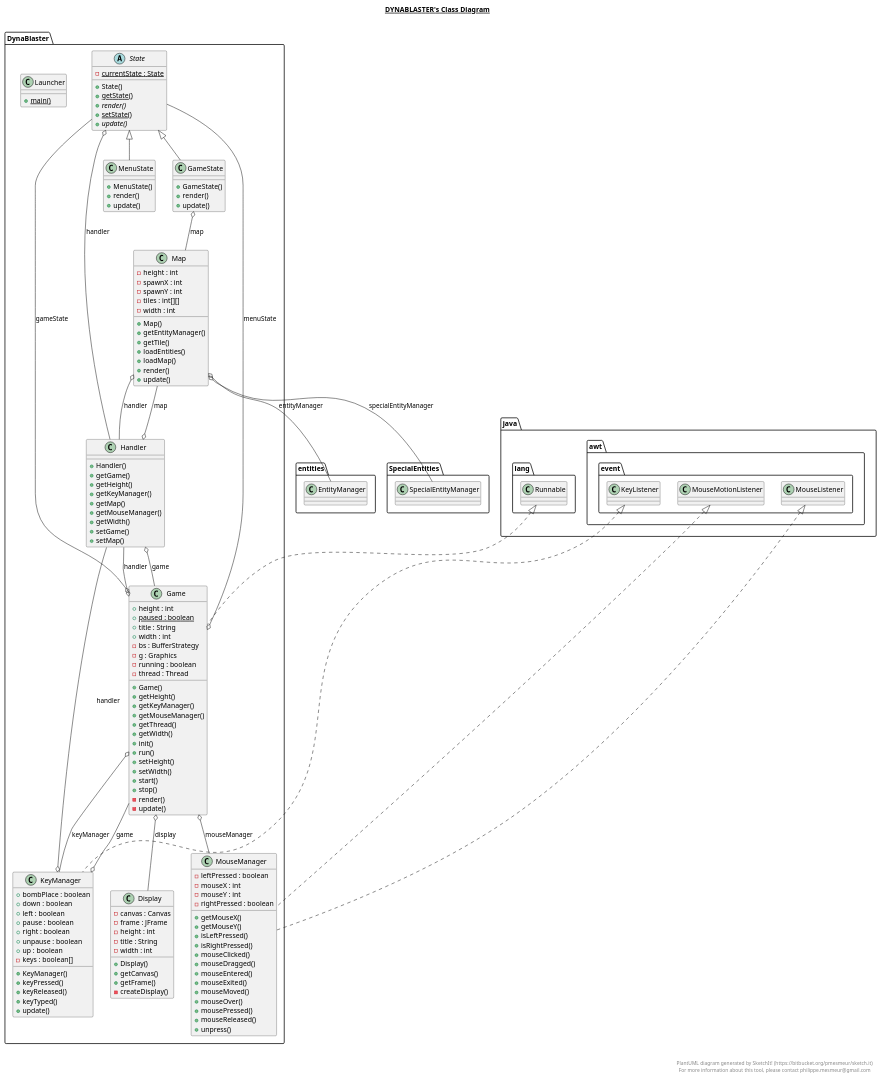
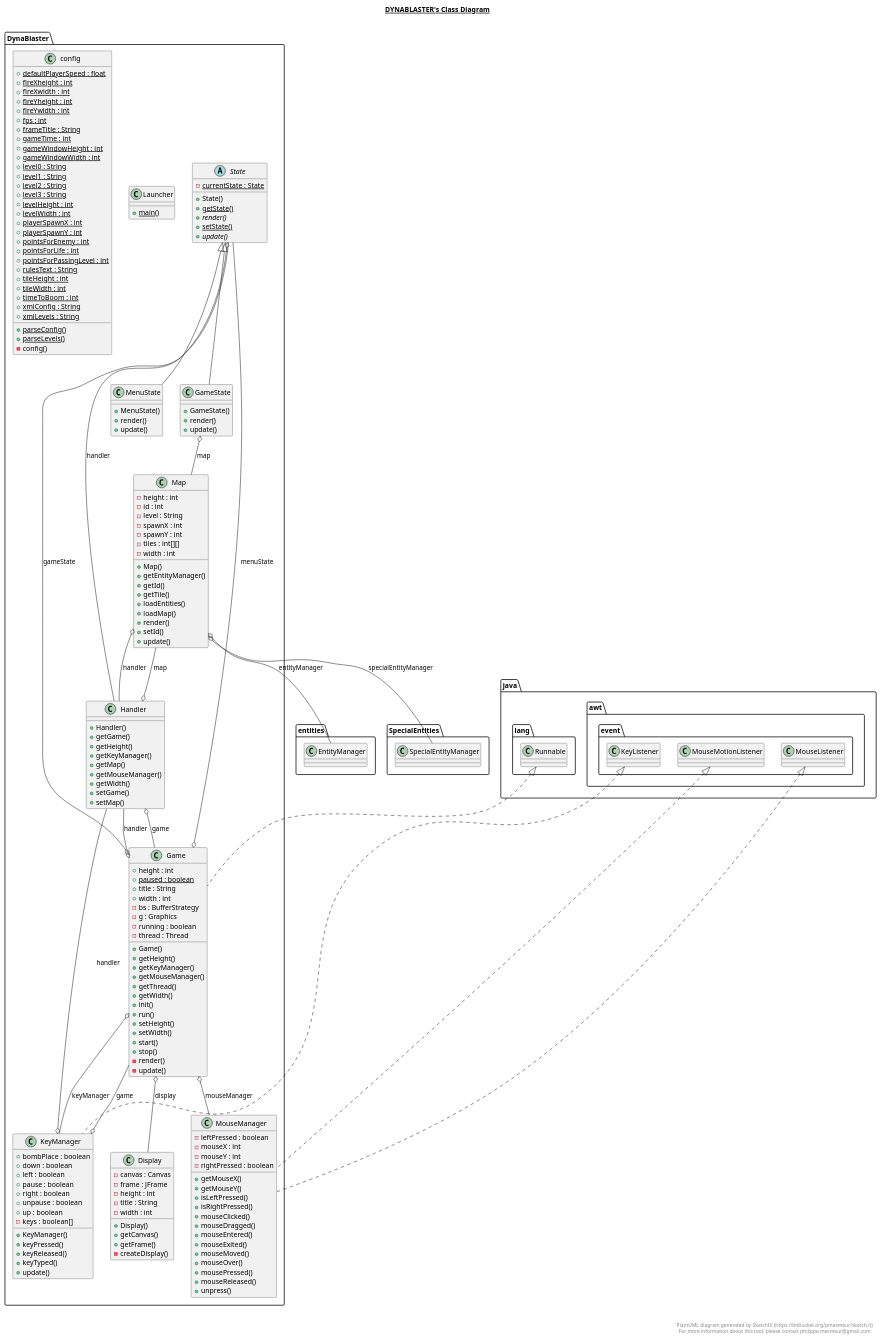
The diagram in src/DynaBlaster/DynaBlaster.plantuml (mxdzelq/Dyna_Blaster-Java), drawn with PlantUML before and after one commit. The commit also changed 53 other files, not shown here.

```diff
--- a/src/DynaBlaster/DynaBlaster.plantuml
+++ b/src/DynaBlaster/DynaBlaster.plantuml
@@ -98,16 +98,20 @@
   namespace DynaBlaster {
     class DynaBlaster.Map {
         - height : int
+        - id : int
+        - level : String
         - spawnX : int
         - spawnY : int
         - tiles : int[][]
         - width : int
         + Map()
         + getEntityManager()
+        + getId()
         + getTile()
         + loadEntities()
         + loadMap()
         + render()
+        + setId()
         + update()
     }
   }
@@ -157,6 +161,42 @@
   }
   
 
+  namespace DynaBlaster {
+    class DynaBlaster.config {
+        {static} + defaultPlayerSpeed : float
+        {static} + fireXheight : int
+        {static} + fireXwidth : int
+        {static} + fireYheight : int
+        {static} + fireYwidth : int
+        {static} + fps : int
+        {static} + frameTitle : String
+        {static} + gameTime : int
+        {static} + gameWindowHeight : int
+        {static} + gameWindowWidth : int
+        {static} + level0 : String
+        {static} + level1 : String
+        {static} + level2 : String
+        {static} + level3 : String
+        {static} + levelHeight : int
+        {static} + levelWidth : int
+        {static} + playerSpawnX : int
+        {static} + playerSpawnY : int
+        {static} + pointsForEnemy : int
+        {static} + pointsForLife : int
+        {static} + pointsForPassingLevel : int
+        {static} + rulesText : String
+        {static} + tileHeight : int
+        {static} + tileWidth : int
+        {static} + timeToBoom : int
+        {static} + xmlConfig : String
+        {static} + xmlLevels : String
+        {static} + parseConfig()
+        {static} + parseLevels()
+        - config()
+    }
+  }
+  
+
   DynaBlaster.Game .up.|> java.lang.Runnable
   DynaBlaster.Game o-- DynaBlaster.State : gameState
   DynaBlaster.Game o-- DynaBlaster.State : menuState
```
